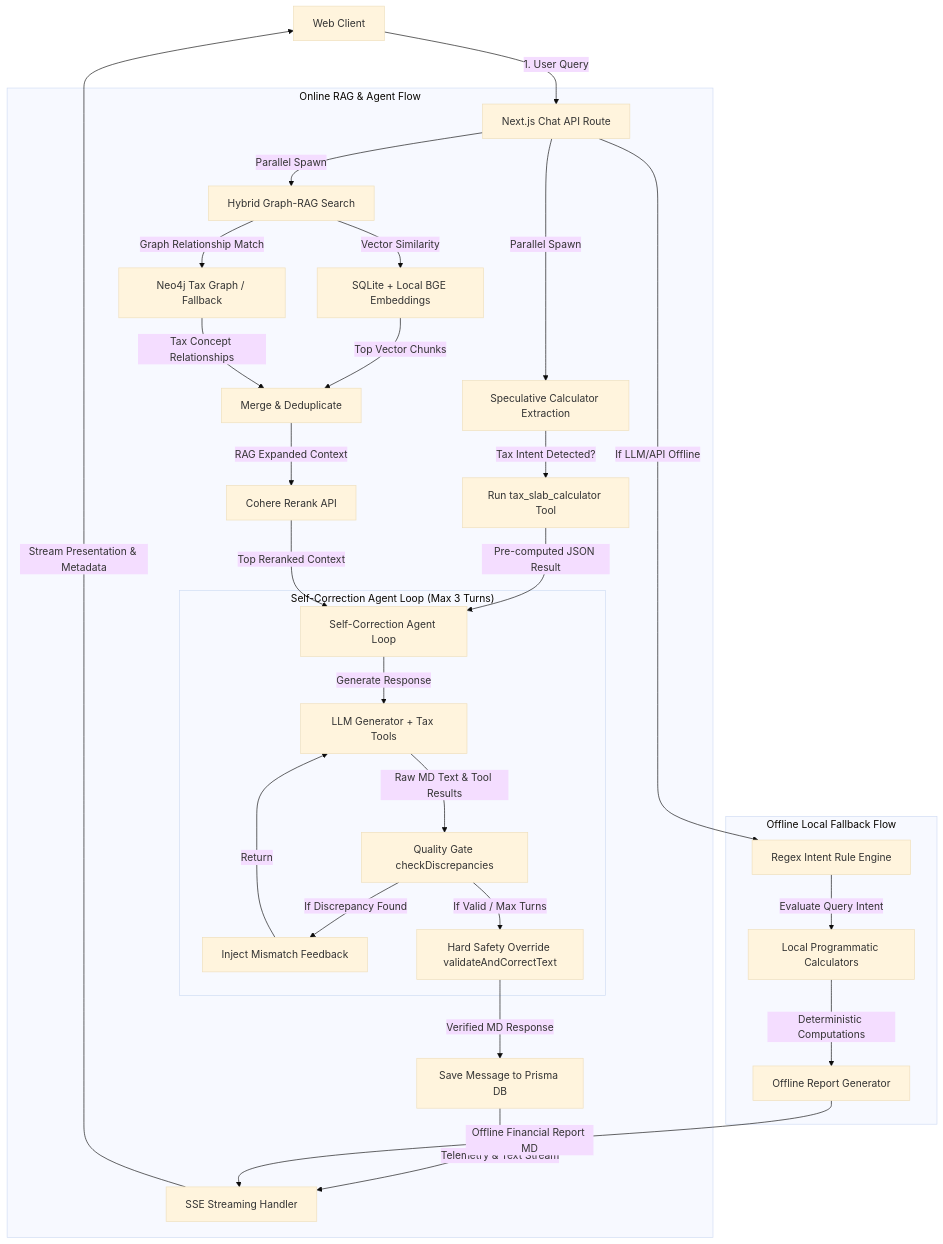
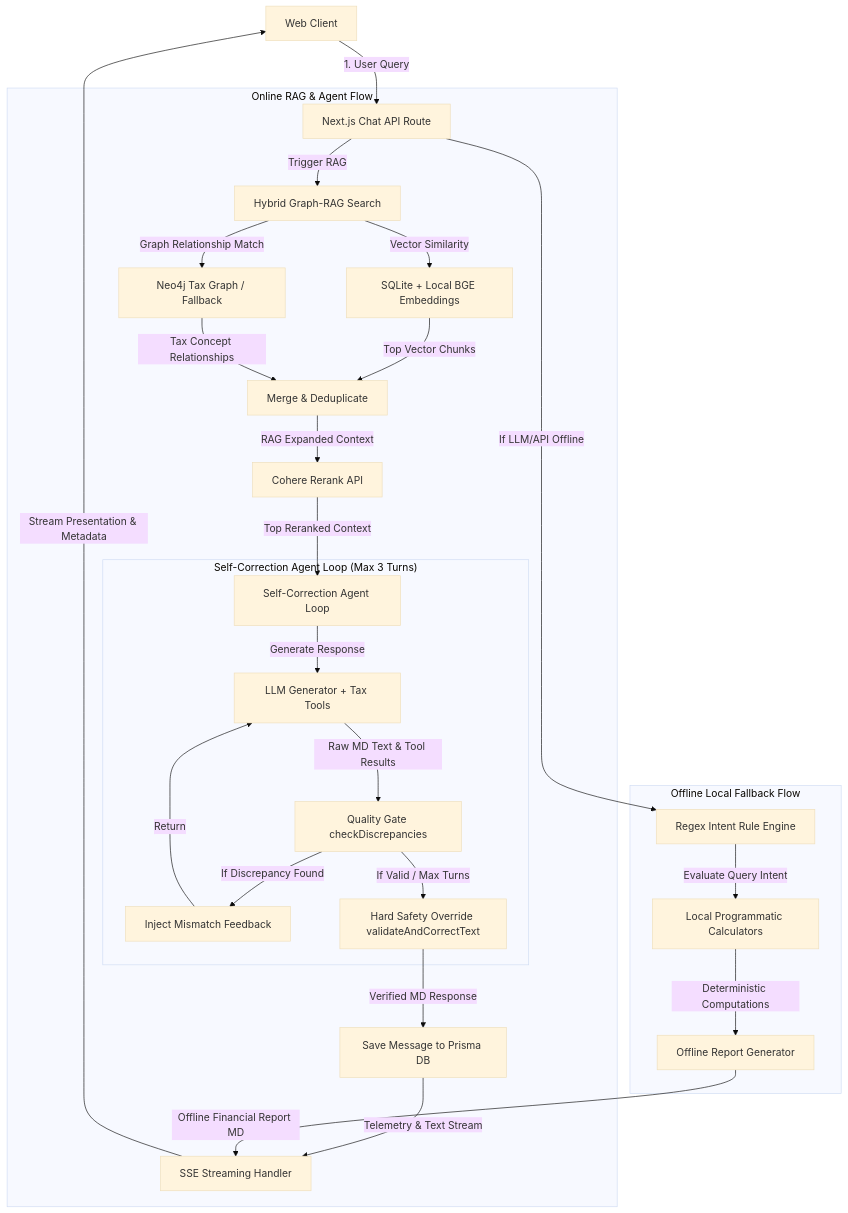
The diagram in README.md (nitya747/ai-accountant), drawn with Mermaid (base theme) before and after one commit. The commit also changed other lines of this file and 1 other file, not shown here.

Commit message:
feat: implement chat API route with AI model fallback and automated session titling

````diff
--- a/README.md
+++ b/README.md
@@ -13,41 +13,37 @@
 ```mermaid
 graph TD
     Client[Web Client] -->|1. User Query| Route[Next.js Chat API Route]
     
     subgraph "Online RAG & Agent Flow"
-        Route -->|Parallel Spawn| SpecCalc[Speculative Calculator Extraction]
-        Route -->|Parallel Spawn| HybridSearch[Hybrid Graph-RAG Search]
-        
-        SpecCalc -->|Tax Intent Detected?| ExecCalc[Run tax_slab_calculator Tool]
+        Route -->|Trigger RAG| HybridSearch[Hybrid Graph-RAG Search]
         
         HybridSearch -->|Vector Similarity| SQLite[SQLite + Local BGE Embeddings]
         HybridSearch -->|Graph Relationship Match| Neo4j[Neo4j Tax Graph / Fallback]
         
         SQLite -->|Top Vector Chunks| Merge[Merge & Deduplicate]
         Neo4j -->|Tax Concept Relationships| Merge
         Merge -->|RAG Expanded Context| Cohere[Cohere Rerank API]
         
-        ExecCalc -->|Pre-computed JSON Result| AgentLoop[Self-Correction Agent Loop]
-        Cohere -->|Top Reranked Context| AgentLoop
+        Cohere -->|Top Reranked Context| AgentLoop[Self-Correction Agent Loop]
         
         subgraph "Self-Correction Agent Loop (Max 3 Turns)"
             AgentLoop -->|Generate Response| LLM[LLM Generator + Tax Tools]
             LLM -->|Raw MD Text & Tool Results| QualityGate[Quality Gate checkDiscrepancies]
             QualityGate -->|If Discrepancy Found| FeedFeedback[Inject Mismatch Feedback]
             FeedFeedback -->|Return| LLM
             QualityGate -->|If Valid / Max Turns| HardOverride[Hard Safety Override validateAndCorrectText]
         end
         
         HardOverride -->|Verified MD Response| SaveDB[Save Message to Prisma DB]
         SaveDB -->|Telemetry & Text Stream| SSE[SSE Streaming Handler]
     end
 
     subgraph "Offline Local Fallback Flow"
         Route -->|If LLM/API Offline| IntentEngine[Regex Intent Rule Engine]
         IntentEngine -->|Evaluate Query Intent| LocalCalculators[Local Programmatic Calculators]
         LocalCalculators -->|Deterministic Computations| OfflineReporter[Offline Report Generator]
         OfflineReporter -->|Offline Financial Report MD| SSE
     end
 
     SSE -->|Stream Presentation & Metadata| Client
 ```
````
